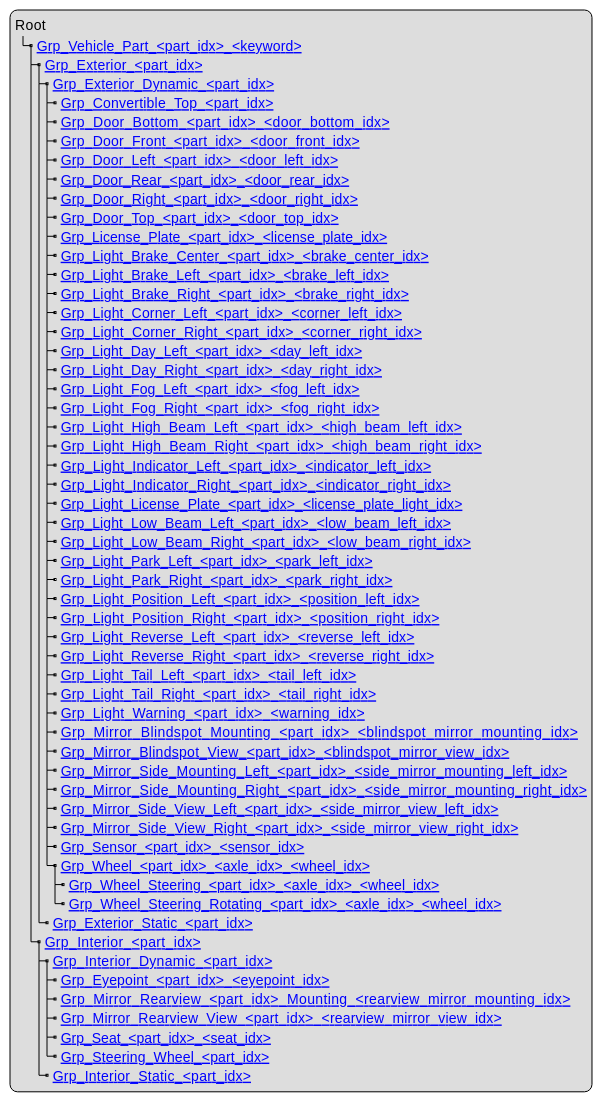
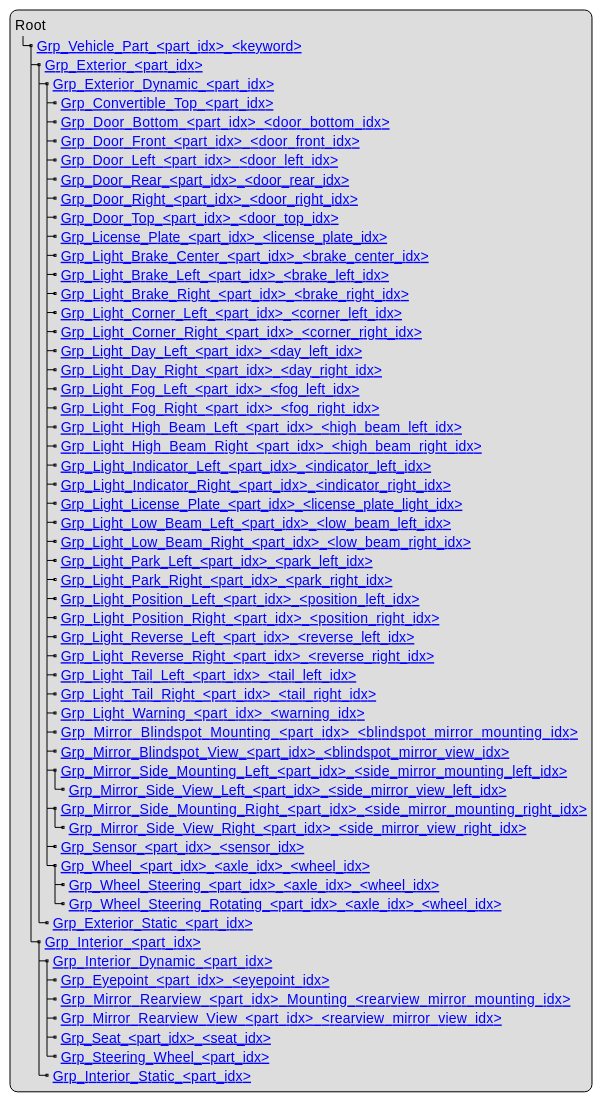
Before and after one commit to asam-ev/OpenMATERIAL: the diagram in content/geometry/object-vehicle/vehicle-structure.adoc, drawn with PlantUML. The commit also changed other lines of this file, not shown here.

Commit message:
Fix mirror descriptions and add mirror joint

```diff
--- a/content/geometry/object-vehicle/vehicle-structure.adoc
+++ b/content/geometry/object-vehicle/vehicle-structure.adoc
@@ -9,61 +9,61 @@
 [plantuml]
 ----
 legend
 Root
 |_ [[../geometry/object-classes.html#_grp_vehicle_part_part_idx_keyword Grp_Vehicle_Part_<part_idx>_<keyword>]]
   |_ [[../geometry/object-classes.html#_grp_exterior_part_idx Grp_Exterior_<part_idx>]]
     |_ [[../geometry/object-classes.html#_grp_exterior_dynamic_part_idx Grp_Exterior_Dynamic_<part_idx>]]
       |_ [[../geometry/object-classes.html#_grp_convertible_top_part_idx Grp_Convertible_Top_<part_idx>]]
       |_ [[../geometry/object-classes.html#_grp_door_bottom_part_idx_door_bottom_idx Grp_Door_Bottom_<part_idx>_<door_bottom_idx>]]      
       |_ [[../geometry/object-classes.html#_grp_door_front_part_idx_door_front_idx Grp_Door_Front_<part_idx>_<door_front_idx>]]
       |_ [[../geometry/object-classes.html#_grp_door_left_part_idx_door_left_idx Grp_Door_Left_<part_idx>_<door_left_idx>]]
       |_ [[../geometry/object-classes.html#_grp_door_rear_part_idx_door_rear_idx Grp_Door_Rear_<part_idx>_<door_rear_idx>]]
       |_ [[../geometry/object-classes.html#_grp_door_right_part_idx_door_right_idx Grp_Door_Right_<part_idx>_<door_right_idx>]]      
       |_ [[../geometry/object-classes.html#_grp_door_top_part_idx_door_top_idx Grp_Door_Top_<part_idx>_<door_top_idx>]]
       |_ [[../geometry/object-classes.html#_grp_license_plate_part_idx_license_plate_idx Grp_License_Plate_<part_idx>_<license_plate_idx>]]
       |_ [[../geometry/object-classes.html#_grp_light_brake_center_part_idx_brake_center_idx Grp_Light_Brake_Center_<part_idx>_<brake_center_idx>]]
       |_ [[../geometry/object-classes.html#_grp_light_brake_left_part_idx_brake_left_idx Grp_Light_Brake_Left_<part_idx>_<brake_left_idx>]]      
       |_ [[../geometry/object-classes.html#_grp_light_brake_right_part_idx_brake_right_idx Grp_Light_Brake_Right_<part_idx>_<brake_right_idx>]]
       |_ [[../geometry/object-classes.html#_grp_light_corner_left_part_idx_corner_left_idx Grp_Light_Corner_Left_<part_idx>_<corner_left_idx>]]
       |_ [[../geometry/object-classes.html#_grp_light_corner_right_part_idx_corner_right_idx Grp_Light_Corner_Right_<part_idx>_<corner_right_idx>]]
       |_ [[../geometry/object-classes.html#_grp_light_day_left_part_idx_day_left_idx Grp_Light_Day_Left_<part_idx>_<day_left_idx>]]
       |_ [[../geometry/object-classes.html#_grp_light_day_right_part_idx_day_right_idx Grp_Light_Day_Right_<part_idx>_<day_right_idx>]]
       |_ [[../geometry/object-classes.html#_grp_light_fog_left_part_idx_fog_left_idx Grp_Light_Fog_Left_<part_idx>_<fog_left_idx>]]
       |_ [[../geometry/object-classes.html#_grp_light_fog_right_part_idx_fog_right_idx Grp_Light_Fog_Right_<part_idx>_<fog_right_idx>]]
       |_ [[../geometry/object-classes.html#_grp_light_high_beam_left_part_idx_high_beam_left_idx Grp_Light_High_Beam_Left_<part_idx>_<high_beam_left_idx>]]
       |_ [[../geometry/object-classes.html#_grp_light_high_beam_right_part_idx_high_beam_right_idx Grp_Light_High_Beam_Right_<part_idx>_<high_beam_right_idx>]]
       |_ [[../geometry/object-classes.html#_grp_light_indicator_left_part_idx_indicator_left_idx Grp_Light_Indicator_Left_<part_idx>_<indicator_left_idx>]]
       |_ [[../geometry/object-classes.html#_grp_light_indicator_right_part_idx_indicator_right_idx Grp_Light_Indicator_Right_<part_idx>_<indicator_right_idx>]]
       |_ [[../geometry/object-classes.html#_grp_light_license_plate_part_idx_license_plate_light_idx Grp_Light_License_Plate_<part_idx>_<license_plate_light_idx>]]
       |_ [[../geometry/object-classes.html#_grp_light_low_beam_left_part_idx_low_beam_left_idx Grp_Light_Low_Beam_Left_<part_idx>_<low_beam_left_idx>]]
       |_ [[../geometry/object-classes.html#_grp_light_low_beam_right_part_idx_low_beam_right_idx Grp_Light_Low_Beam_Right_<part_idx>_<low_beam_right_idx>]]
       |_ [[../geometry/object-classes.html#_grp_light_park_left_part_idx_park_left_idx Grp_Light_Park_Left_<part_idx>_<park_left_idx>]]
       |_ [[../geometry/object-classes.html#_grp_light_park_right_part_idx_park_right_idx Grp_Light_Park_Right_<part_idx>_<park_right_idx> ]]
       |_ [[../geometry/object-classes.html#_grp_light_position_left_part_idx_position_left_idx Grp_Light_Position_Left_<part_idx>_<position_left_idx>]]
       |_ [[../geometry/object-classes.html#_grp_light_position_right_part_idx_position_right_idx Grp_Light_Position_Right_<part_idx>_<position_right_idx>]]
       |_ [[../geometry/object-classes.html#_grp_light_reverse_left_part_idx_reverse_left_idx Grp_Light_Reverse_Left_<part_idx>_<reverse_left_idx>]]
       |_ [[../geometry/object-classes.html#_grp_light_reverse_right_part_idx_reverse_right_idx Grp_Light_Reverse_Right_<part_idx>_<reverse_right_idx>]]
       |_ [[../geometry/object-classes.html#_grp_light_tail_left_part_idx_tail_left_idx Grp_Light_Tail_Left_<part_idx>_<tail_left_idx>]]
       |_ [[../geometry/object-classes.html#_grp_light_tail_right_part_idx_tail_right_idx Grp_Light_Tail_Right_<part_idx>_<tail_right_idx>]]
       |_ [[../geometry/object-classes.html#_grp_light_warning_part_idx_warning_idx Grp_Light_Warning_<part_idx>_<warning_idx>]]
       |_ [[../geometry/object-classes.html#_grp_mirror_blindspot_mounting_part_idx_blindspot_mirror_mounting_idx Grp_Mirror_Blindspot_Mounting_<part_idx>_<blindspot_mirror_mounting_idx>]]
       |_ [[../geometry/object-classes.html#_grp_mirror_blindspot_view_part_idx_blindspot_mirror_view_idx Grp_Mirror_Blindspot_View_<part_idx>_<blindspot_mirror_view_idx>]] 
       |_ [[../geometry/object-classes.html#_grp_mirror_side_mounting_left_part_idx_side_mirror_mounting_left_id Grp_Mirror_Side_Mounting_Left_<part_idx>_<side_mirror_mounting_left_idx>]]
+        |_ [[../geometry/object-classes.html#_grp_mirror_side_view_left_part_idx_side_mirror_view_left_idx Grp_Mirror_Side_View_Left_<part_idx>_<side_mirror_view_left_idx> ]]
       |_ [[../geometry/object-classes.html#_grp_mirror_side_mounting_right_part_idx_side_mirror_mounting_right_idx Grp_Mirror_Side_Mounting_Right_<part_idx>_<side_mirror_mounting_right_idx>]]
-      |_ [[../geometry/object-classes.html#_grp_mirror_side_view_left_part_idx_side_mirror_view_left_idx Grp_Mirror_Side_View_Left_<part_idx>_<side_mirror_view_left_idx> ]]     
-      |_ [[../geometry/object-classes.html#_grp_mirror_side_view_right_part_idx_side_mirror_view_right_idx Grp_Mirror_Side_View_Right_<part_idx>_<side_mirror_view_right_idx> ]]          
+        |_ [[../geometry/object-classes.html#_grp_mirror_side_view_right_part_idx_side_mirror_view_right_idx Grp_Mirror_Side_View_Right_<part_idx>_<side_mirror_view_right_idx> ]]          
       |_ [[../geometry/object-classes.html#_grp_sensor_part_idx_sensor_idx Grp_Sensor_<part_idx>_<sensor_idx>]]
       |_ [[../geometry/object-classes.html#_grp_wheel_part_idx_axle_idx_wheel_idx Grp_Wheel_<part_idx>_<axle_idx>_<wheel_idx>]]
         |_ [[../geometry/object-classes.html#_grp_wheel_steering_part_idx_axle_idx_wheel_idx Grp_Wheel_Steering_<part_idx>_<axle_idx>_<wheel_idx>]]
         |_ [[../geometry/object-classes.html#_grp_wheel_steering_rotating_part_idx_axle_idx_wheel_idx Grp_Wheel_Steering_Rotating_<part_idx>_<axle_idx>_<wheel_idx>]]
     |_ [[../geometry/object-classes.html#_grp_exterior_static_part_idx Grp_Exterior_Static_<part_idx>]]
   |_ [[../geometry/object-classes.html#_grp_interior_part_idx Grp_Interior_<part_idx>]]
     |_ [[../geometry/object-classes.html#_grp_interior_dynamic_part_idx Grp_Interior_Dynamic_<part_idx>]]
       |_ [[../geometry/object-classes.html#_grp_eyepoint_part_idx_eyepoint_idx Grp_Eyepoint_<part_idx>_<eyepoint_idx>]]
       |_ [[../geometry/object-classes.html#_grp_mirror_rearview_mounting_part_idx_rearview_mirror_mounting_idx Grp_Mirror_Rearview_<part_idx>_Mounting_<rearview_mirror_mounting_idx>]]
       |_ [[../geometry/object-classes.html#_grp_mirror_rearview_view_part_idx_rearview_mirror_view_idx Grp_Mirror_Rearview_View_<part_idx>_<rearview_mirror_view_idx>]]
       |_ [[../geometry/object-classes.html#_grp_seat_part_idx_seat_idx Grp_Seat_<part_idx>_<seat_idx>]]
       |_ [[../geometry/object-classes.html#_grp_steering_wheel_part_idx Grp_Steering_Wheel_<part_idx>]]
     |_ [[../geometry/object-classes.html#_grp_interior_static_part_idx Grp_Interior_Static_<part_idx>]]
 end legend
 ----
```
